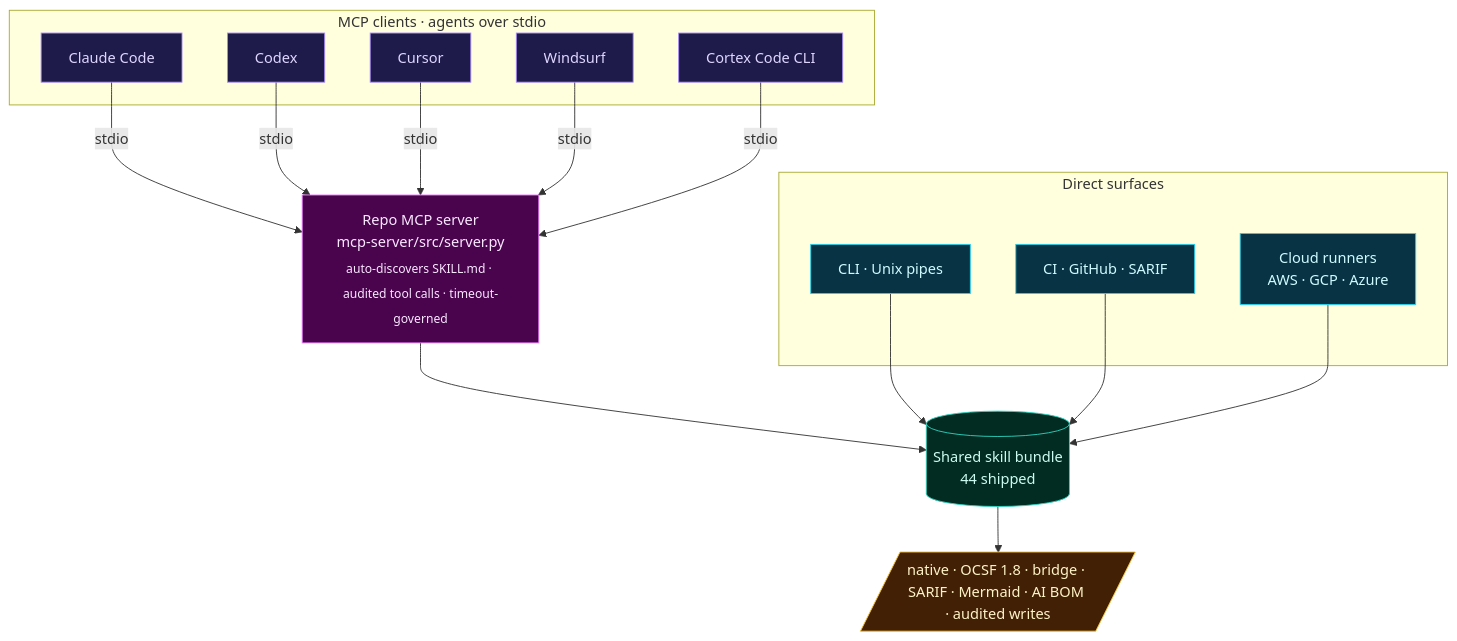
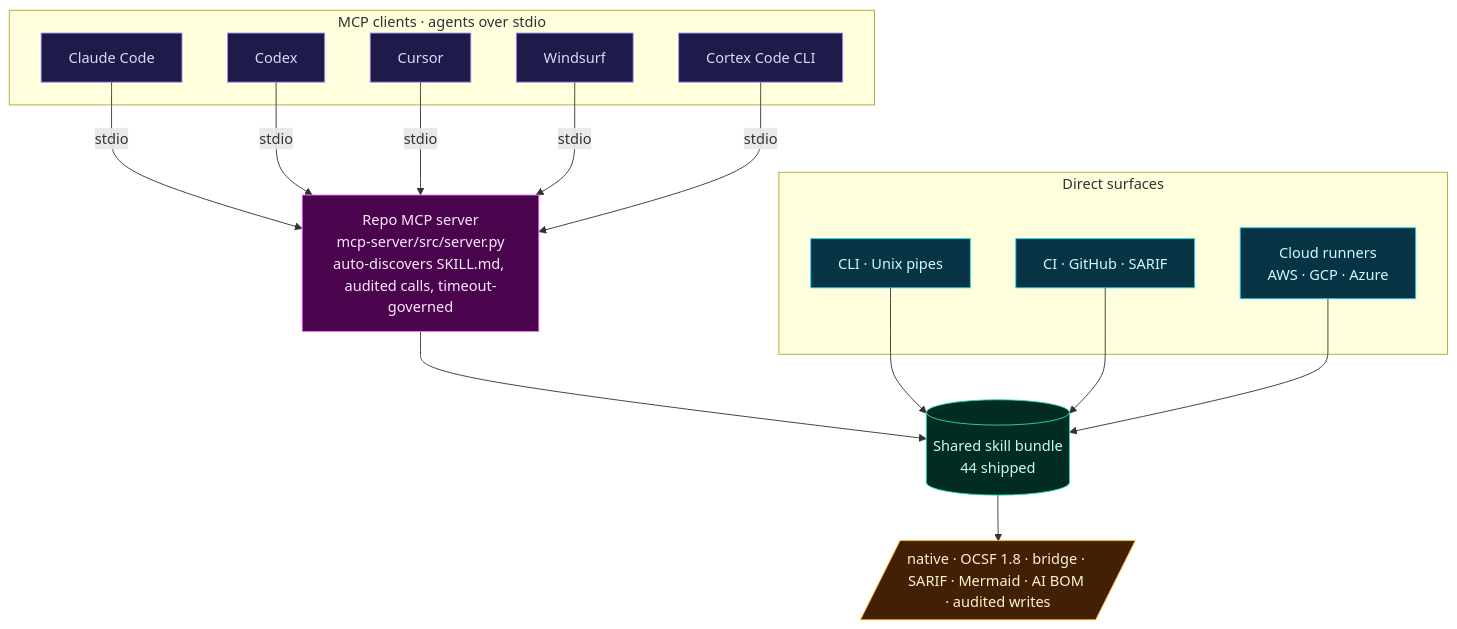
Before and after one commit to msaad00/cloud-ai-security-skills: the second of 2 diagrams in README.md, drawn with Mermaid. The commit also changed other lines of this file, not shown here.

First line of the commit message:
fix(docs): drop <sub> tags from README mermaid, fix dark-mode clipping

````diff
--- a/README.md
+++ b/README.md
@@ -92,37 +92,37 @@
 ```mermaid
 flowchart TB
     classDef client fill:#1e1b4b,stroke:#a78bfa,color:#ddd6fe
     classDef direct fill:#083344,stroke:#22d3ee,color:#cffafe
     classDef mcp fill:#4a044e,stroke:#e879f9,color:#fae8ff
     classDef bundle fill:#022c22,stroke:#2dd4bf,color:#ccfbf1
     classDef output fill:#422006,stroke:#fbbf24,color:#fef3c7
 
     subgraph Clients["MCP clients · agents over stdio"]
         claude[Claude Code]:::client
         codex[Codex]:::client
         cursor[Cursor]:::client
         windsurf[Windsurf]:::client
         cortex[Cortex Code CLI]:::client
     end
 
     subgraph Direct["Direct surfaces"]
         cli[CLI · Unix pipes]:::direct
         ci[CI · GitHub · SARIF]:::direct
         runners["Cloud runners<br/>AWS · GCP · Azure"]:::direct
     end
 
-    mcp["Repo MCP server<br/>mcp-server/src/server.py<br/><sub>auto-discovers SKILL.md · audited tool calls · timeout-governed</sub>"]:::mcp
+    mcp["Repo MCP server<br/>mcp-server/src/server.py<br/>auto-discovers SKILL.md, audited calls, timeout-governed"]:::mcp
     bundle[("Shared skill bundle<br/>44 shipped")]:::bundle
     outputs[/"native · OCSF 1.8 · bridge · SARIF · Mermaid · AI BOM · audited writes"/]:::output
 
     claude -->|stdio| mcp
     codex -->|stdio| mcp
     cursor -->|stdio| mcp
     windsurf -->|stdio| mcp
     cortex -->|stdio| mcp
     mcp --> bundle
     cli --> bundle
     ci --> bundle
     runners --> bundle
     bundle --> outputs
 ```
````
